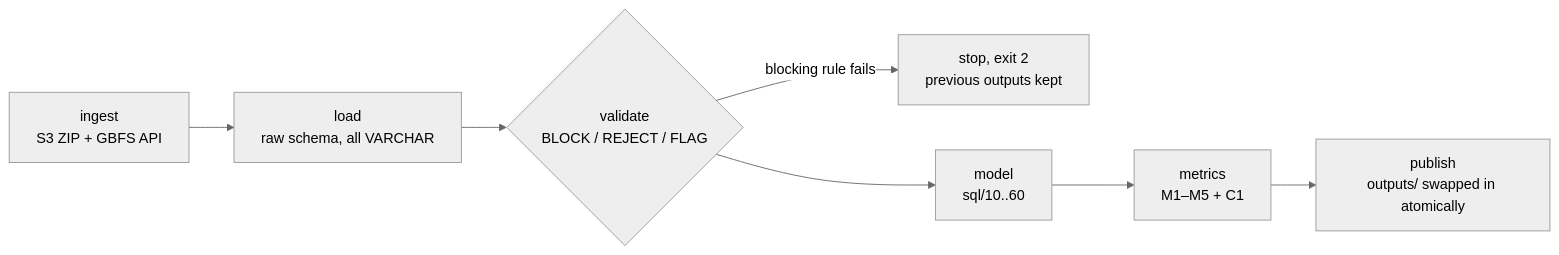
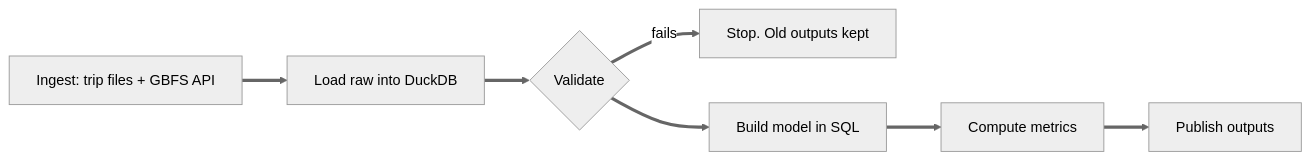
Before and after one commit to parthdagia05/divvyRebalancingWithMyIQ: the second of 2 diagrams in README.md, drawn with Mermaid (neutral theme). The commit also changed other lines of this file, not shown here.

Commit message:
Simplify README into a 5 minute read of all decisions and conclusions

````diff
--- a/README.md
+++ b/README.md
@@ -97,9 +122,9 @@
 ```mermaid
 flowchart LR
-    A[ingest<br/>S3 ZIP + GBFS API] --> B[load<br/>raw schema, all VARCHAR]
-    B --> C{validate<br/>BLOCK / REJECT / FLAG}
-    C -- blocking rule fails --> X[stop, exit 2<br/>previous outputs kept]
-    C --> D[model<br/>sql/10..60]
-    D --> E[metrics<br/>M1–M5 + C1]
-    E --> F[publish<br/>outputs/ swapped in atomically]
+    A[Ingest: trip files + GBFS API] ==> B[Load raw into DuckDB]
+    B ==> C{Validate}
+    C == fails ==> X[Stop. Old outputs kept]
+    C ==> D[Build model in SQL]
+    D ==> E[Compute metrics]
+    E ==> F[Publish outputs]
 ```
````
